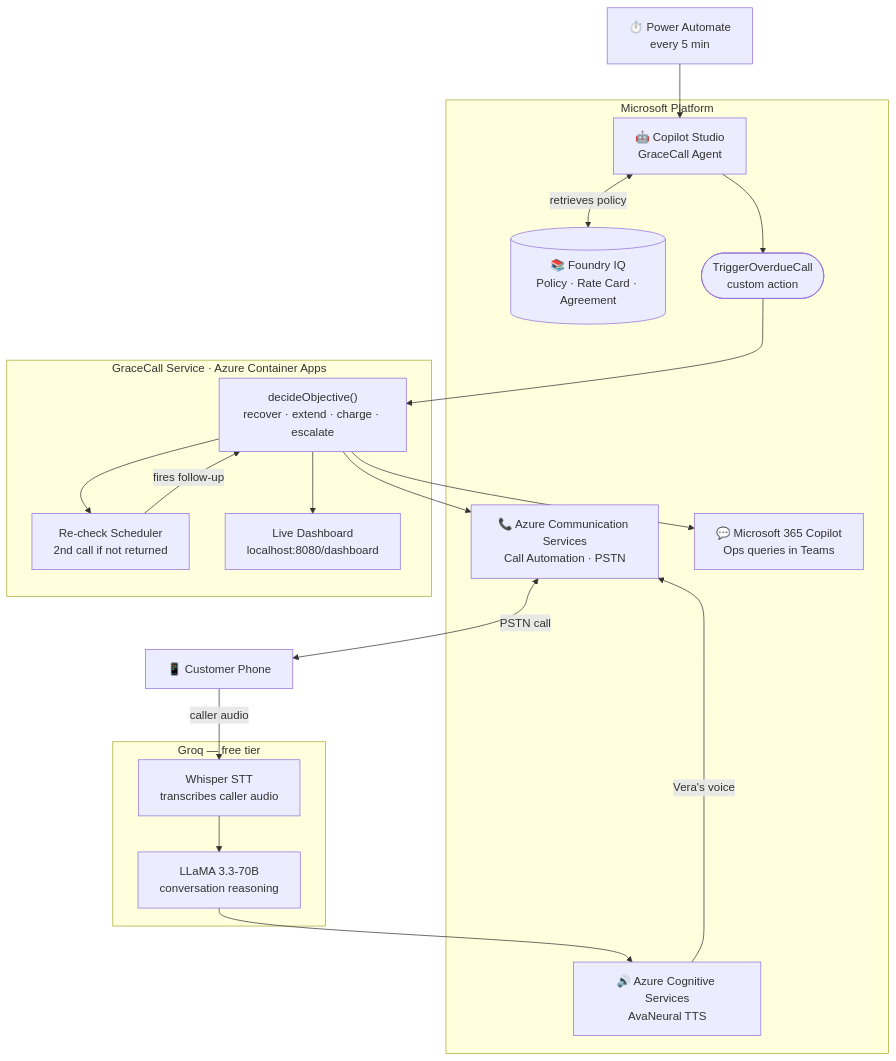
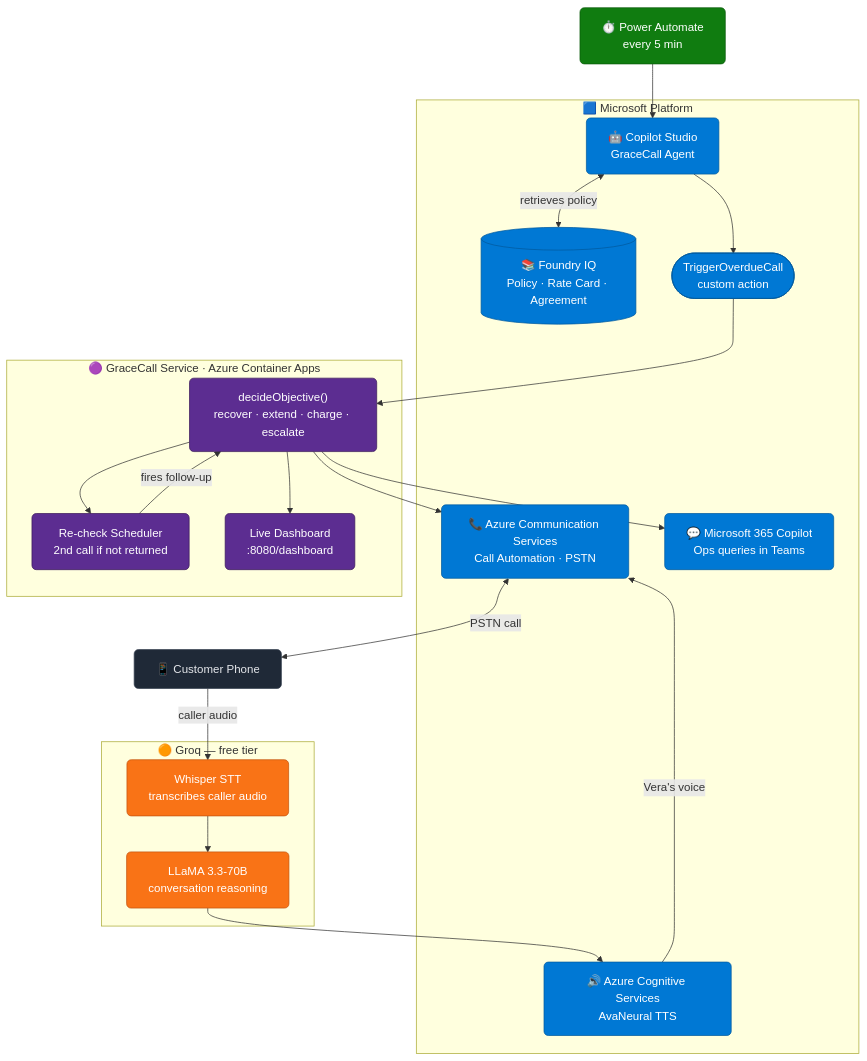
One commit to K-vinod2k/grace-call changed the diagram in README.md. Above: the diagram before and after it, drawn with Mermaid.

Commit message:
docs: add color styling to architecture diagram

````diff
--- a/README.md
+++ b/README.md
@@ -23,40 +23,46 @@
 ```mermaid
 graph TD
-    PA["⏱️ Power Automate\nevery 5 min"]
+    classDef ms      fill:#0078D4,stroke:#005a9e,color:#fff,rx:6
+    classDef svc     fill:#5c2d91,stroke:#3b1a5a,color:#fff,rx:6
+    classDef groq    fill:#f97316,stroke:#c2530f,color:#fff,rx:6
+    classDef pa      fill:#107c10,stroke:#0a5a0a,color:#fff,rx:6
+    classDef phone   fill:#1f2937,stroke:#374151,color:#e5e7eb,rx:6
 
-    subgraph msft ["Microsoft Platform"]
-        CS["🤖 Copilot Studio\nGraceCall Agent"]
-        FIQ[("📚 Foundry IQ\nPolicy · Rate Card · Agreement")]
-        TOOL(["TriggerOverdueCall\ncustom action"])
-        ACSSVC["📞 Azure Communication Services\nCall Automation · PSTN"]
-        AZURETSS["🔊 Azure Cognitive Services\nAvaNeural TTS"]
-        M365OUT["💬 Microsoft 365 Copilot\nOps queries in Teams"]
+    PA["⏱️ Power Automate\nevery 5 min"]:::pa
+
+    subgraph msft ["  🟦  Microsoft Platform  "]
+        CS["🤖 Copilot Studio\nGraceCall Agent"]:::ms
+        FIQ[("📚 Foundry IQ\nPolicy · Rate Card · Agreement")]:::ms
+        TOOL(["TriggerOverdueCall\ncustom action"]):::ms
+        ACSSVC["📞 Azure Communication Services\nCall Automation · PSTN"]:::ms
+        AZURETSS["🔊 Azure Cognitive Services\nAvaNeural TTS"]:::ms
+        M365OUT["💬 Microsoft 365 Copilot\nOps queries in Teams"]:::ms
     end
 
-    subgraph svc ["GraceCall Service · Azure Container Apps"]
-        DECIDE["decideObjective()\nrecover · extend · charge · escalate"]
-        RECHECK["Re-check Scheduler\n2nd call if not returned"]
-        DASH["Live Dashboard\nlocalhost:8080/dashboard"]
+    subgraph gcsvc ["  🟣  GraceCall Service · Azure Container Apps  "]
+        DECIDE["decideObjective()\nrecover · extend · charge · escalate"]:::svc
+        RECHECK["Re-check Scheduler\n2nd call if not returned"]:::svc
+        DASH["Live Dashboard\n:8080/dashboard"]:::svc
     end
 
-    subgraph groq ["Groq — free tier"]
-        WSTT["Whisper STT\ntranscribes caller audio"]
-        LLAMA["LLaMA 3.3-70B\nconversation reasoning"]
+    subgraph groqtier ["  🟠  Groq — free tier  "]
+        WSTT["Whisper STT\ntranscribes caller audio"]:::groq
+        LLAMA["LLaMA 3.3-70B\nconversation reasoning"]:::groq
     end
 
-    PHONE["📱 Customer Phone"]
+    PHONE["📱 Customer Phone"]:::phone
 
     PA --> CS
     CS <-->|"retrieves policy"| FIQ
     CS --> TOOL --> DECIDE
     DECIDE --> ACSSVC
     ACSSVC <-->|"PSTN call"| PHONE
     PHONE -->|"caller audio"| WSTT
     WSTT --> LLAMA
     LLAMA --> AZURETSS
     AZURETSS -->|"Vera's voice"| ACSSVC
     DECIDE --> RECHECK
     RECHECK -->|"fires follow-up"| DECIDE
     DECIDE --> M365OUT
     DECIDE --> DASH
 ```
````
